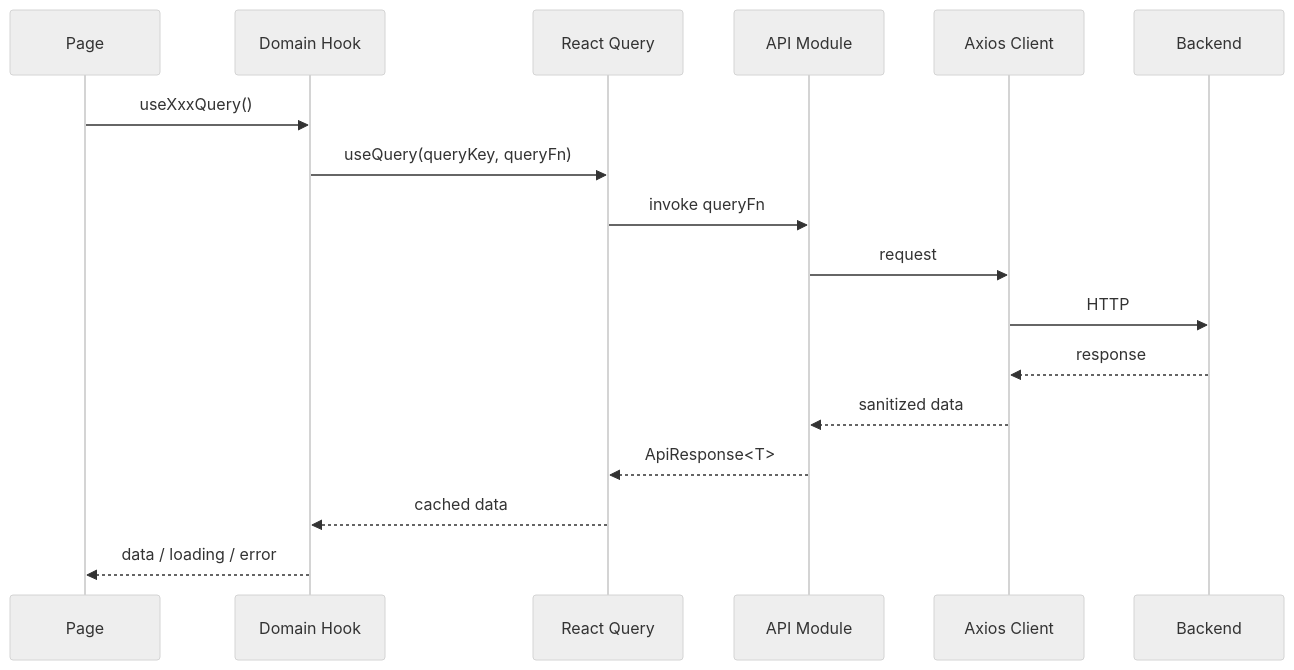
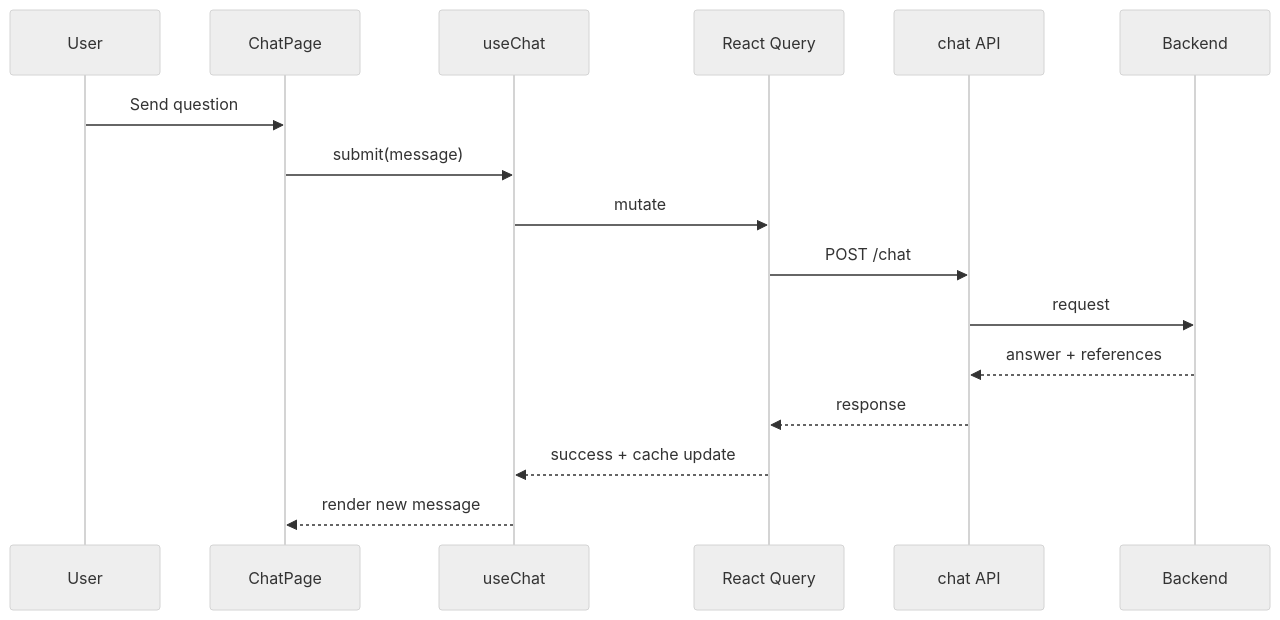
Before and after one commit to 939481896/AI.EnterpriseRAG: the second of 3 diagrams in frontend/README.md, drawn with Mermaid (neutral theme). The commit also changed other lines of this file and 19 other files, not shown here.

````diff
--- a/frontend/README.md
+++ b/frontend/README.md
@@ -447,20 +170,19 @@
 ```mermaid
 sequenceDiagram
-    participant Page as Page
-    participant Hook as Domain Hook
-    participant RQ as React Query
-    participant API as API Module
-    participant Client as Axios Client
-    participant Backend as Backend
+  participant U as User
+  participant P as ChatPage
+  participant H as useChat
+  participant Q as React Query
+  participant A as chat API
+  participant B as Backend
 
-    Page->>Hook: useXxxQuery()
-    Hook->>RQ: useQuery(queryKey, queryFn)
-    RQ->>API: invoke queryFn
-    API->>Client: request
-    Client->>Backend: HTTP
-    Backend-->>Client: response
-    Client-->>API: sanitized data
-    API-->>RQ: ApiResponse<T>
-    RQ-->>Hook: cached data
-    Hook-->>Page: data / loading / error
+  U->>P: Send question
+  P->>H: submit(message)
+  H->>Q: mutate
+  Q->>A: POST /chat
+  A->>B: request
+  B-->>A: answer + references
+  A-->>Q: response
+  Q-->>H: success + cache update
+  H-->>P: render new message
 ```
````
